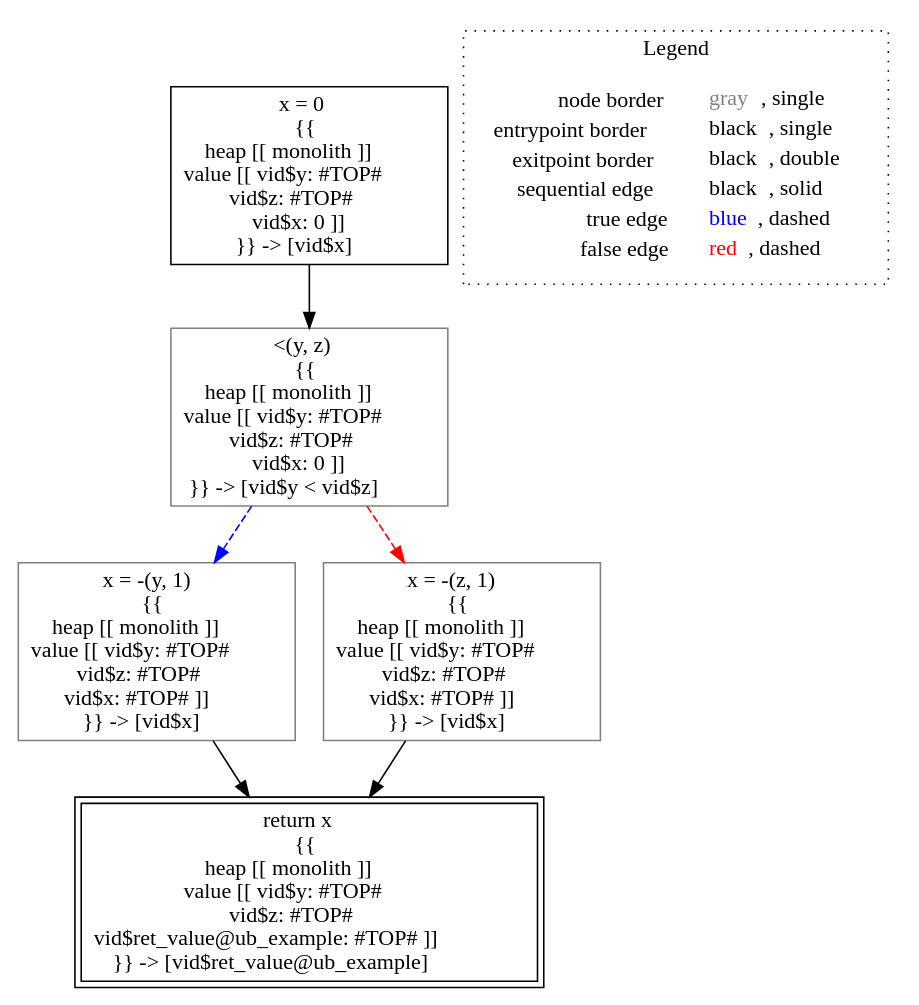
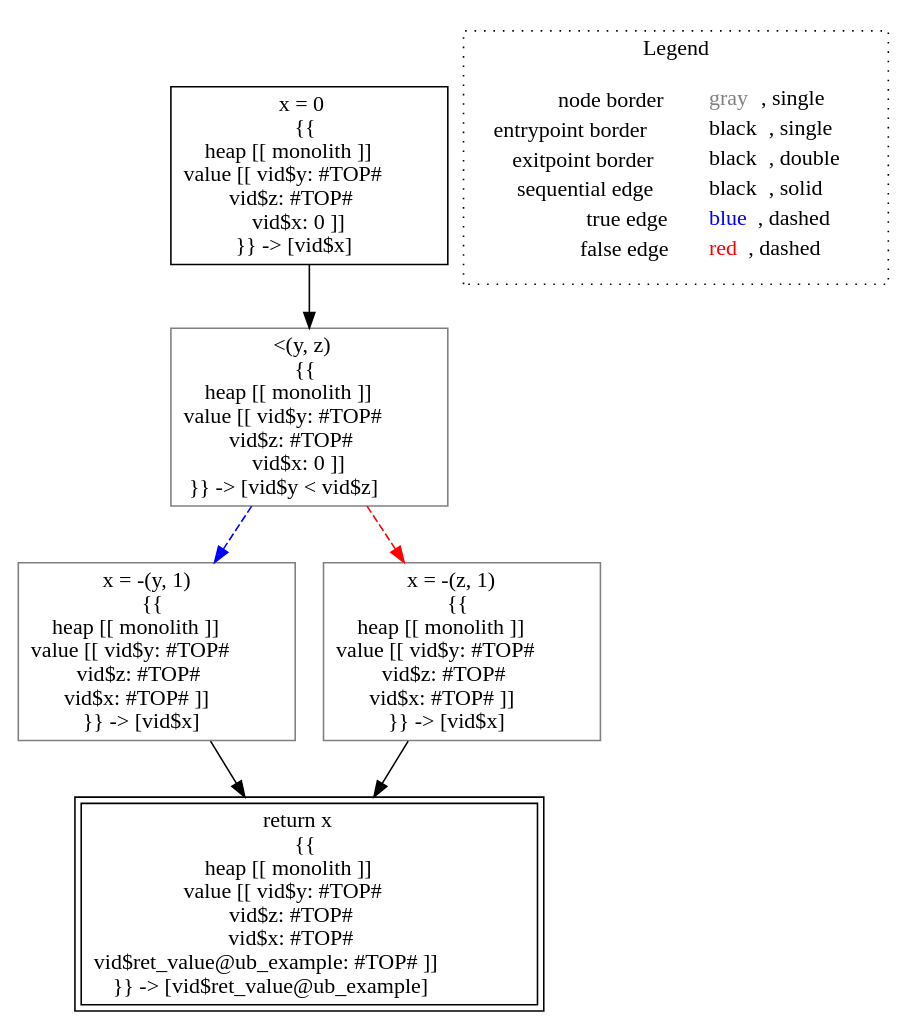
The diagram in lisa/imp-testcases/sign/analysis___untyped_tutorial.ub_example(untyped_y,_untyped_z).dot (lisa-analyzer/lisa), drawn with Graphviz before and after one commit. The commit also changed 30 other files, not shown here.

```diff
--- a/lisa/imp-testcases/sign/analysis___untyped_tutorial.ub_example(untyped_y,_untyped_z).dot
+++ b/lisa/imp-testcases/sign/analysis___untyped_tutorial.ub_example(untyped_y,_untyped_z).dot
@@ -1,19 +1,19 @@
 digraph {
 	"node0" [shape="rect",color="black",label=<x = 0<BR/>{{<BR/>heap [[ monolith ]]<BR/>value [[ vid$y: #TOP#<BR/>vid$z: #TOP#<BR/>vid$x: 0 ]]<BR/>}} -&gt; [vid$x]>];
-	"node1" [shape="rect",color="gray",label=<&lt;(y, z)<BR/>{{<BR/>heap [[ monolith ]]<BR/>value [[ vid$y: #TOP#<BR/>vid$z: #TOP#<BR/>vid$x: 0 ]]<BR/>}} -&gt; [vid$y &lt; vid$z]>];
-	"node2" [shape="rect",color="gray",label=<x = -(y, 1)<BR/>{{<BR/>heap [[ monolith ]]<BR/>value [[ vid$y: #TOP#<BR/>vid$z: #TOP#<BR/>vid$x: #TOP# ]]<BR/>}} -&gt; [vid$x]>];
-	"node3" [shape="rect",color="gray",label=<x = -(z, 1)<BR/>{{<BR/>heap [[ monolith ]]<BR/>value [[ vid$y: #TOP#<BR/>vid$z: #TOP#<BR/>vid$x: #TOP# ]]<BR/>}} -&gt; [vid$x]>];
-	"node4" [shape="rect",color="black",peripheries="2",label=<return x<BR/>{{<BR/>heap [[ monolith ]]<BR/>value [[ vid$y: #TOP#<BR/>vid$z: #TOP#<BR/>vid$ret_value@ub_example: #TOP# ]]<BR/>}} -&gt; [vid$ret_value@ub_example]>];
-	"node1" -> "node2" [color="blue",style="dashed"];
-	"node1" -> "node3" [color="red",style="dashed"];
-	"node2" -> "node4" [color="black"];
-	"node3" -> "node4" [color="black"];
-	"node0" -> "node1" [color="black"];
+	"node1" [shape="rect",color="gray",label=<x = -(y, 1)<BR/>{{<BR/>heap [[ monolith ]]<BR/>value [[ vid$y: #TOP#<BR/>vid$z: #TOP#<BR/>vid$x: #TOP# ]]<BR/>}} -&gt; [vid$x]>];
+	"node2" [shape="rect",color="gray",label=<x = -(z, 1)<BR/>{{<BR/>heap [[ monolith ]]<BR/>value [[ vid$y: #TOP#<BR/>vid$z: #TOP#<BR/>vid$x: #TOP# ]]<BR/>}} -&gt; [vid$x]>];
+	"node3" [shape="rect",color="black",peripheries="2",label=<return x<BR/>{{<BR/>heap [[ monolith ]]<BR/>value [[ vid$y: #TOP#<BR/>vid$z: #TOP#<BR/>vid$x: #TOP#<BR/>vid$ret_value@ub_example: #TOP# ]]<BR/>}} -&gt; [vid$ret_value@ub_example]>];
+	"node4" [shape="rect",color="gray",label=<&lt;(y, z)<BR/>{{<BR/>heap [[ monolith ]]<BR/>value [[ vid$y: #TOP#<BR/>vid$z: #TOP#<BR/>vid$x: 0 ]]<BR/>}} -&gt; [vid$y &lt; vid$z]>];
+	"node1" -> "node3" [color="black"];
+	"node0" -> "node4" [color="black"];
+	"node2" -> "node3" [color="black"];
+	"node4" -> "node1" [color="blue",style="dashed"];
+	"node4" -> "node2" [color="red",style="dashed"];
 subgraph cluster_legend {
 	label="Legend";
 	style=dotted;
 	node [shape=plaintext];
 	"legend" [label=<<table border="0" cellpadding="2" cellspacing="0" cellborder="0"><tr><td align="right">node border&nbsp;</td><td align="left"><font color="gray">gray</font>, single</td></tr><tr><td align="right">entrypoint border&nbsp;</td><td align="left"><font color="black">black</font>, single</td></tr><tr><td align="right">exitpoint border&nbsp;</td><td align="left"><font color="black">black</font>, double</td></tr><tr><td align="right">sequential edge&nbsp;</td><td align="left"><font color="black">black</font>, solid</td></tr><tr><td align="right">true edge&nbsp;</td><td align="left"><font color="blue">blue</font>, dashed</td></tr><tr><td align="right">false edge&nbsp;</td><td align="left"><font color="red">red</font>, dashed</td></tr></table>>];
 }
 
 }
```
